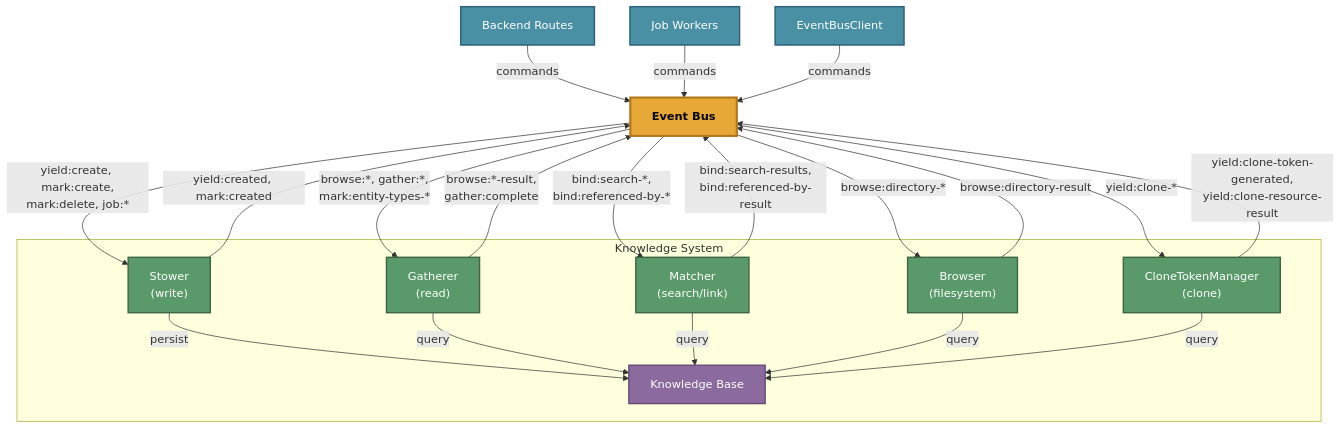
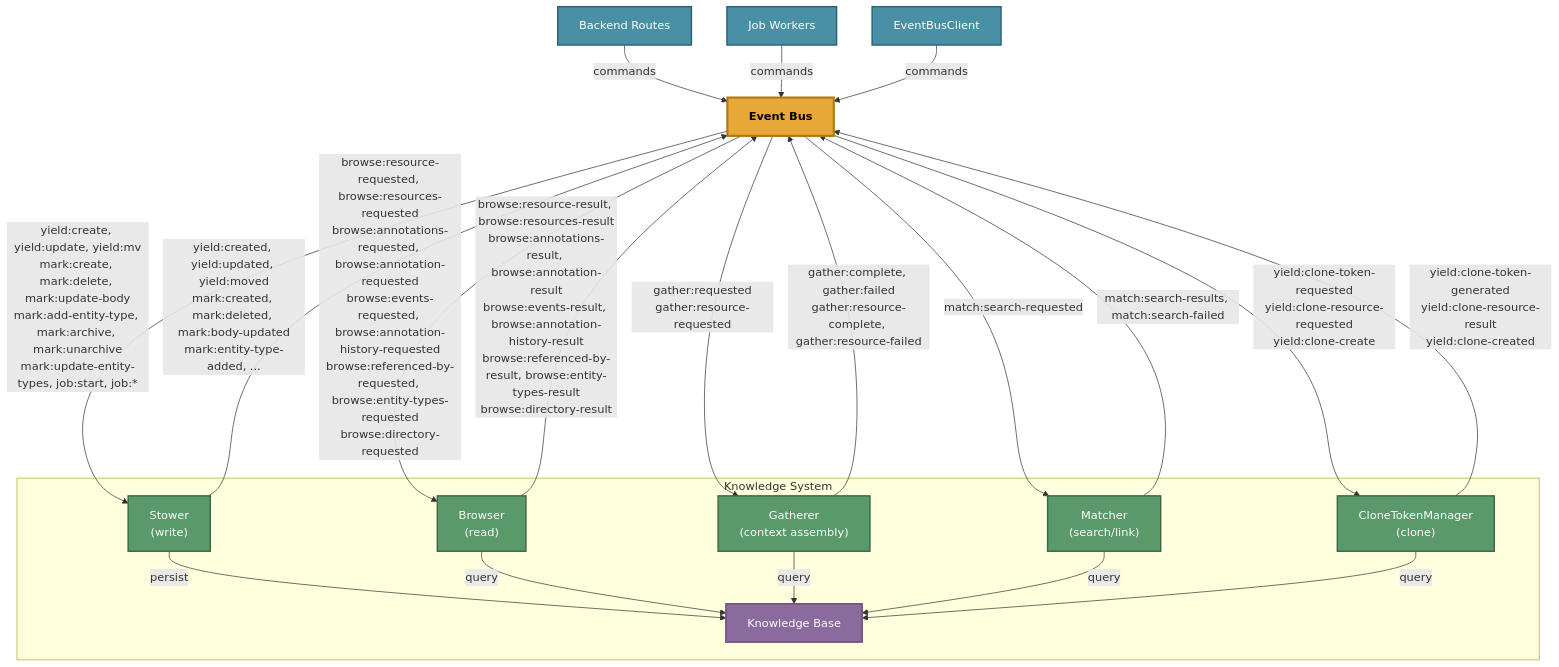
Before and after one commit to The-AI-Alliance/semiont: the diagram in packages/make-meaning/README.md, drawn with Mermaid. The commit also changed other lines of this file, not shown here.

````diff
--- a/packages/make-meaning/README.md
+++ b/packages/make-meaning/README.md
@@ -111,42 +90,42 @@
 ```mermaid
 graph TB
     Routes["Backend Routes"] -->|commands| BUS["Event Bus"]
     Workers["Job Workers"] -->|commands| BUS
     EBC["EventBusClient"] -->|commands| BUS
 
     subgraph ks ["Knowledge System"]
         STOWER["Stower<br/>(write)"]
-        GATHERER["Gatherer<br/>(read)"]
+        BROWSER["Browser<br/>(read)"]
+        GATHERER["Gatherer<br/>(context assembly)"]
         MATCHER["Matcher<br/>(search/link)"]
-        BROWSER["Browser<br/>(filesystem)"]
         CTM["CloneTokenManager<br/>(clone)"]
         KB["Knowledge Base"]
         STOWER -->|persist| KB
+        BROWSER -->|query| KB
         GATHERER -->|query| KB
         MATCHER -->|query| KB
-        BROWSER -->|query| KB
         CTM -->|query| KB
     end
 
-    BUS -->|"yield:create, mark:create,<br/>mark:delete, job:*"| STOWER
-    BUS -->|"browse:*, gather:*,<br/>mark:entity-types-*"| GATHERER
-    BUS -->|"bind:search-*,<br/>bind:referenced-by-*"| MATCHER
-    BUS -->|"browse:directory-*"| BROWSER
-    BUS -->|"yield:clone-*"| CTM
+    BUS -->|"yield:create, yield:update, yield:mv<br/>mark:create, mark:delete, mark:update-body<br/>mark:add-entity-type, mark:archive, mark:unarchive<br/>mark:update-entity-types, job:start, job:*"| STOWER
+    BUS -->|"browse:resource-requested, browse:resources-requested<br/>browse:annotations-requested, browse:annotation-requested<br/>browse:events-requested, browse:annotation-history-requested<br/>browse:referenced-by-requested, browse:entity-types-requested<br/>browse:directory-requested"| BROWSER
+    BUS -->|"gather:requested<br/>gather:resource-requested"| GATHERER
+    BUS -->|"match:search-requested"| MATCHER
+    BUS -->|"yield:clone-token-requested<br/>yield:clone-resource-requested<br/>yield:clone-create"| CTM
 
-    STOWER -->|"yield:created, mark:created"| BUS
-    GATHERER -->|"browse:*-result,<br/>gather:complete"| BUS
-    MATCHER -->|"bind:search-results,<br/>bind:referenced-by-result"| BUS
-    BROWSER -->|"browse:directory-result"| BUS
-    CTM -->|"yield:clone-token-generated,<br/>yield:clone-resource-result"| BUS
+    STOWER -->|"yield:created, yield:updated, yield:moved<br/>mark:created, mark:deleted, mark:body-updated<br/>mark:entity-type-added, ..."| BUS
+    BROWSER -->|"browse:resource-result, browse:resources-result<br/>browse:annotations-result, browse:annotation-result<br/>browse:events-result, browse:annotation-history-result<br/>browse:referenced-by-result, browse:entity-types-result<br/>browse:directory-result"| BUS
+    GATHERER -->|"gather:complete, gather:failed<br/>gather:resource-complete, gather:resource-failed"| BUS
+    MATCHER -->|"match:search-results, match:search-failed"| BUS
+    CTM -->|"yield:clone-token-generated<br/>yield:clone-resource-result<br/>yield:clone-created"| BUS
 
     classDef bus fill:#e8a838,stroke:#b07818,stroke-width:3px,color:#000,font-weight:bold
     classDef actor fill:#5a9a6a,stroke:#3d6644,stroke-width:2px,color:#fff
     classDef kb fill:#8b6b9d,stroke:#6b4a7a,stroke-width:2px,color:#fff
     classDef caller fill:#4a90a4,stroke:#2c5f7a,stroke-width:2px,color:#fff
 
     class BUS bus
-    class STOWER,GATHERER,MATCHER,BROWSER,CTM actor
+    class STOWER,BROWSER,GATHERER,MATCHER,CTM actor
     class KB kb
     class Routes,Workers,EBC caller
 ```
````
